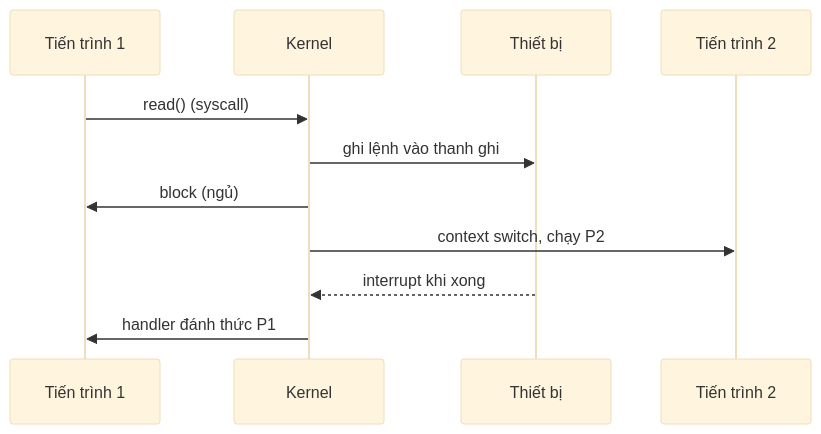
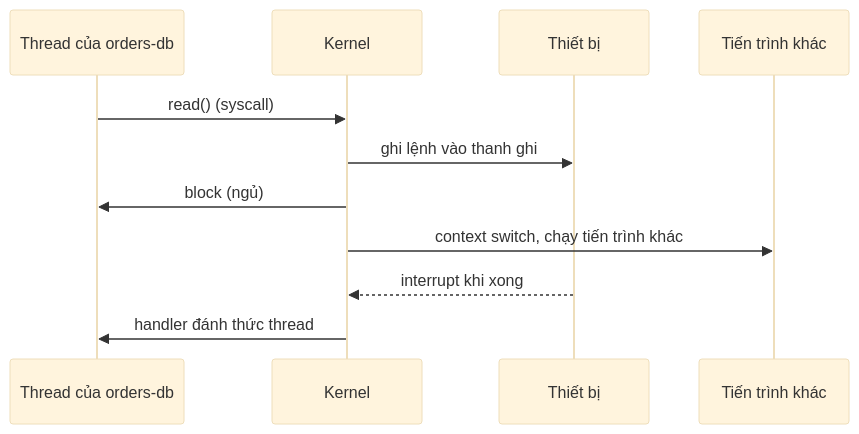
Before and after one commit to pirumu/irust: the first of 5 diagrams in docs/05-storage/01-thiet-bi-luu-tru.md, drawn with Mermaid (base theme). The commit also changed other lines of this file and 15 other files, not shown here.

````diff
--- a/docs/05-storage/01-thiet-bi-luu-tru.md
+++ b/docs/05-storage/01-thiet-bi-luu-tru.md
@@ -35,13 +44,13 @@
 ```mermaid
 sequenceDiagram
-    participant P1 as Tiến trình 1
+    participant P1 as Thread của orders-db
     participant K as Kernel
     participant D as Thiết bị
-    participant P2 as Tiến trình 2
+    participant P2 as Tiến trình khác
     P1->>K: read() (syscall)
     K->>D: ghi lệnh vào thanh ghi
     K->>P1: block (ngủ)
-    K->>P2: context switch, chạy P2
+    K->>P2: context switch, chạy tiến trình khác
     D-->>K: interrupt khi xong
-    K->>P1: handler đánh thức P1
+    K->>P1: handler đánh thức thread
 ```
````
